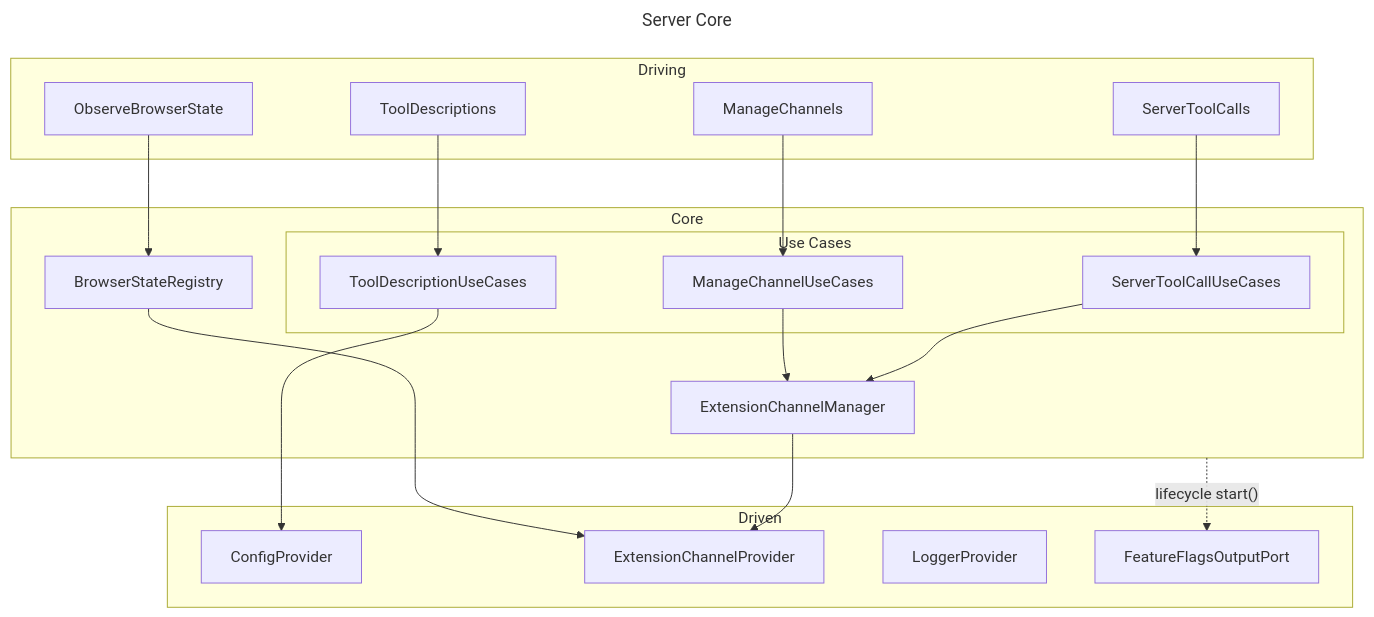
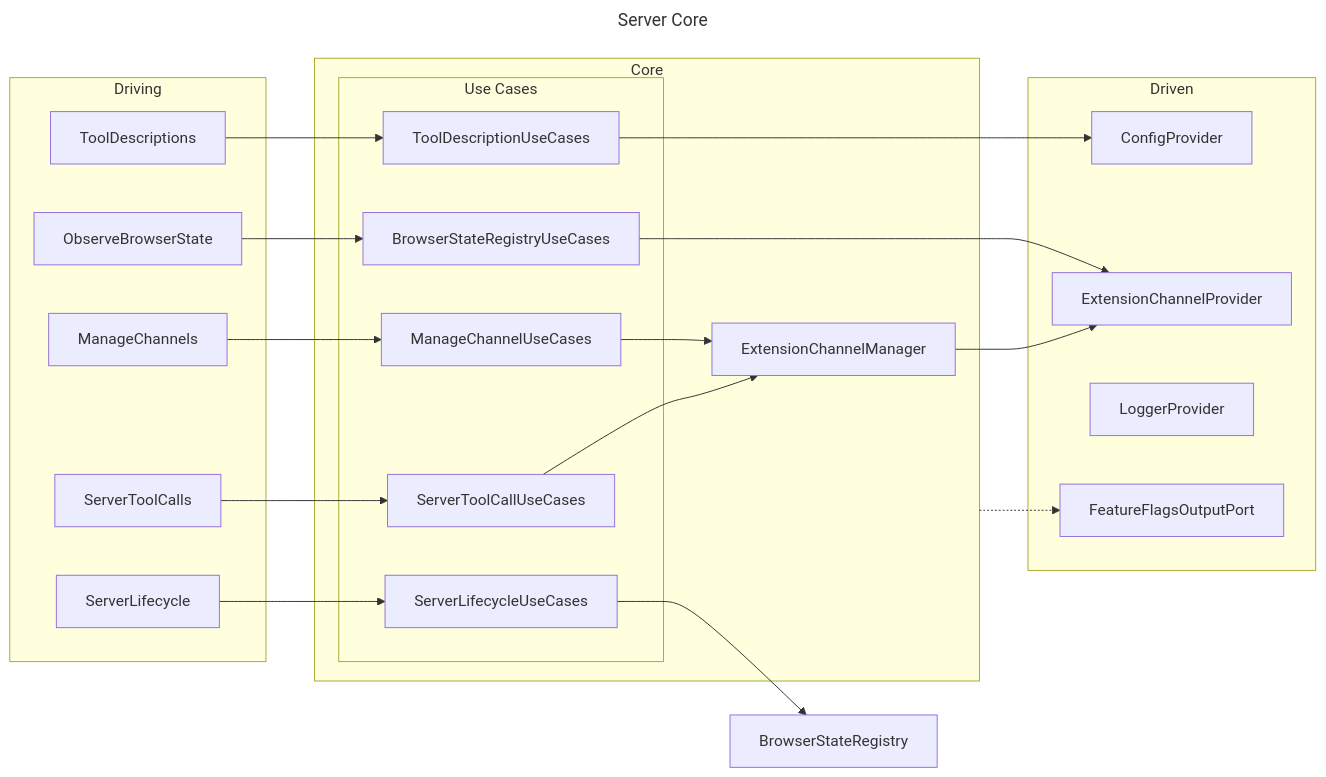
The second of 11 diagrams in docs/architecture.md (ndthanhdev/mcp-browser-kit), drawn with Mermaid before and after one commit. The commit also changed other lines of this file and 45 other files, not shown here.

First line of the commit message:
feat: gate browser-agent per app, rename ExtensionBootstrap to ExtensionLifecycle (#159)

````diff
--- a/docs/architecture.md
+++ b/docs/architecture.md
@@ -29,43 +29,47 @@
 ```mermaid
 ---
 title: Server Core
 ---
-flowchart TD
+flowchart LR
   subgraph ServerDriving["Driving"]
+    ToolDescriptions
     ServerToolCalls
     ManageChannels
-    ToolDescriptions
+    ServerLifecycle
     ObserveBrowserState
   end
 
   subgraph ServerCore["Core"]
     subgraph UseCases["Use Cases"]
       ServerToolCallUseCases
       ManageChannelUseCases
       ToolDescriptionUseCases
+      ServerLifecycleUseCases
+      BrowserStateRegistryUseCases
     end
     ExtensionChannelManager
-    BrowserStateRegistry
   end
 
   subgraph ServerDriven["Driven"]
     ConfigProvider["ConfigProvider"]
     ExtensionChannelProvider
     LoggerProvider["LoggerProvider"]
     FeatureFlagsOutputPort["FeatureFlagsOutputPort"]
   end
 
   %% From Driving
   ServerToolCalls --> ServerToolCallUseCases
   ToolDescriptions --> ToolDescriptionUseCases
   ManageChannels --> ManageChannelUseCases
-  ObserveBrowserState --> BrowserStateRegistry
+  ObserveBrowserState --> BrowserStateRegistryUseCases
+  ServerLifecycle --> ServerLifecycleUseCases
   %% From Core
   ServerToolCallUseCases--> ExtensionChannelManager
   ManageChannelUseCases --> ExtensionChannelManager
   ExtensionChannelManager --> ExtensionChannelProvider
-  BrowserStateRegistry --> ExtensionChannelProvider
+  BrowserStateRegistryUseCases --> ExtensionChannelProvider
   ToolDescriptionUseCases --> ConfigProvider
-  ServerCore -.->|"lifecycle start()"| FeatureFlagsOutputPort
+  ServerLifecycleUseCases --> BrowserStateRegistry
+  ServerCore -.-> FeatureFlagsOutputPort
 
 ```
````
